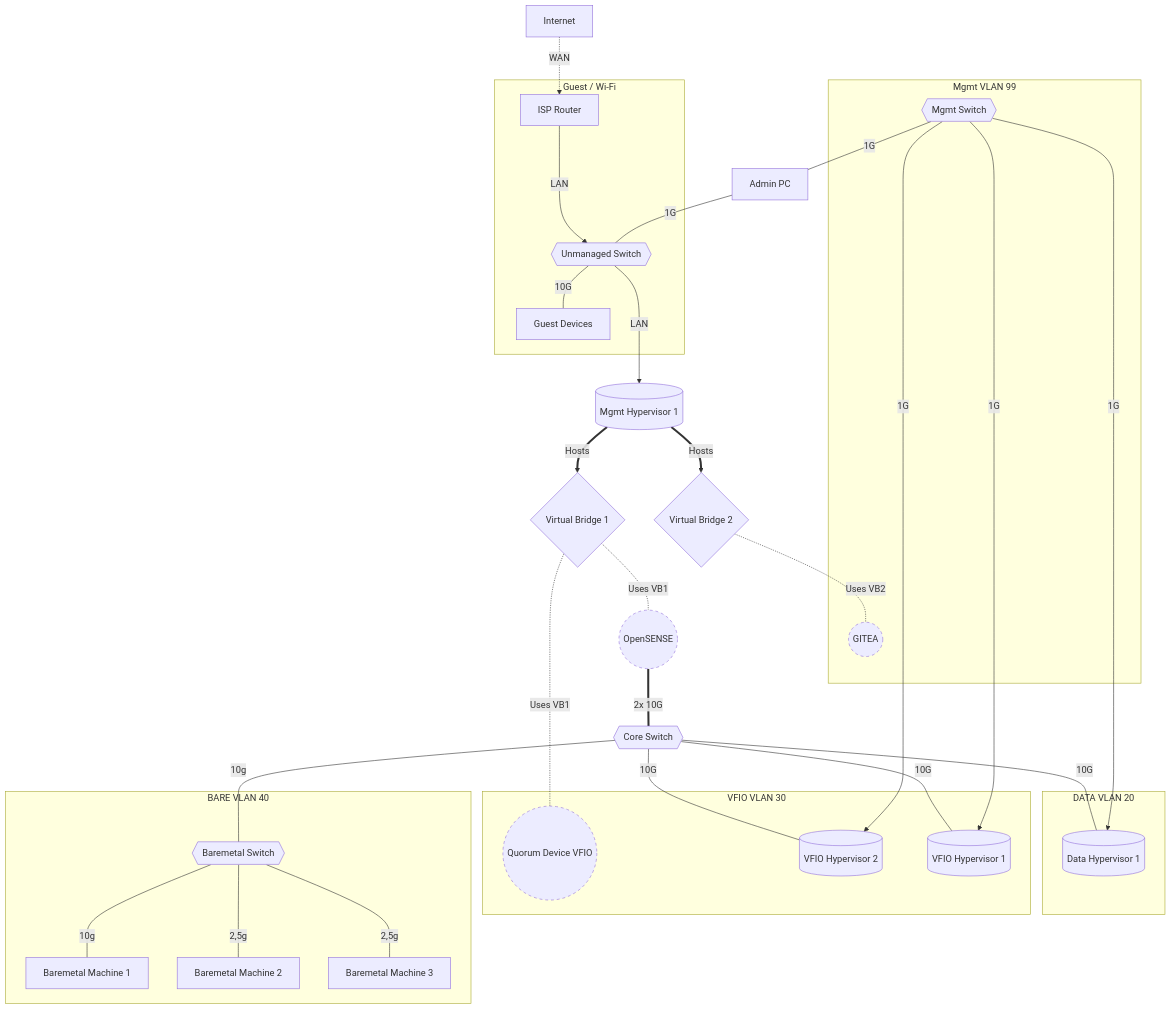
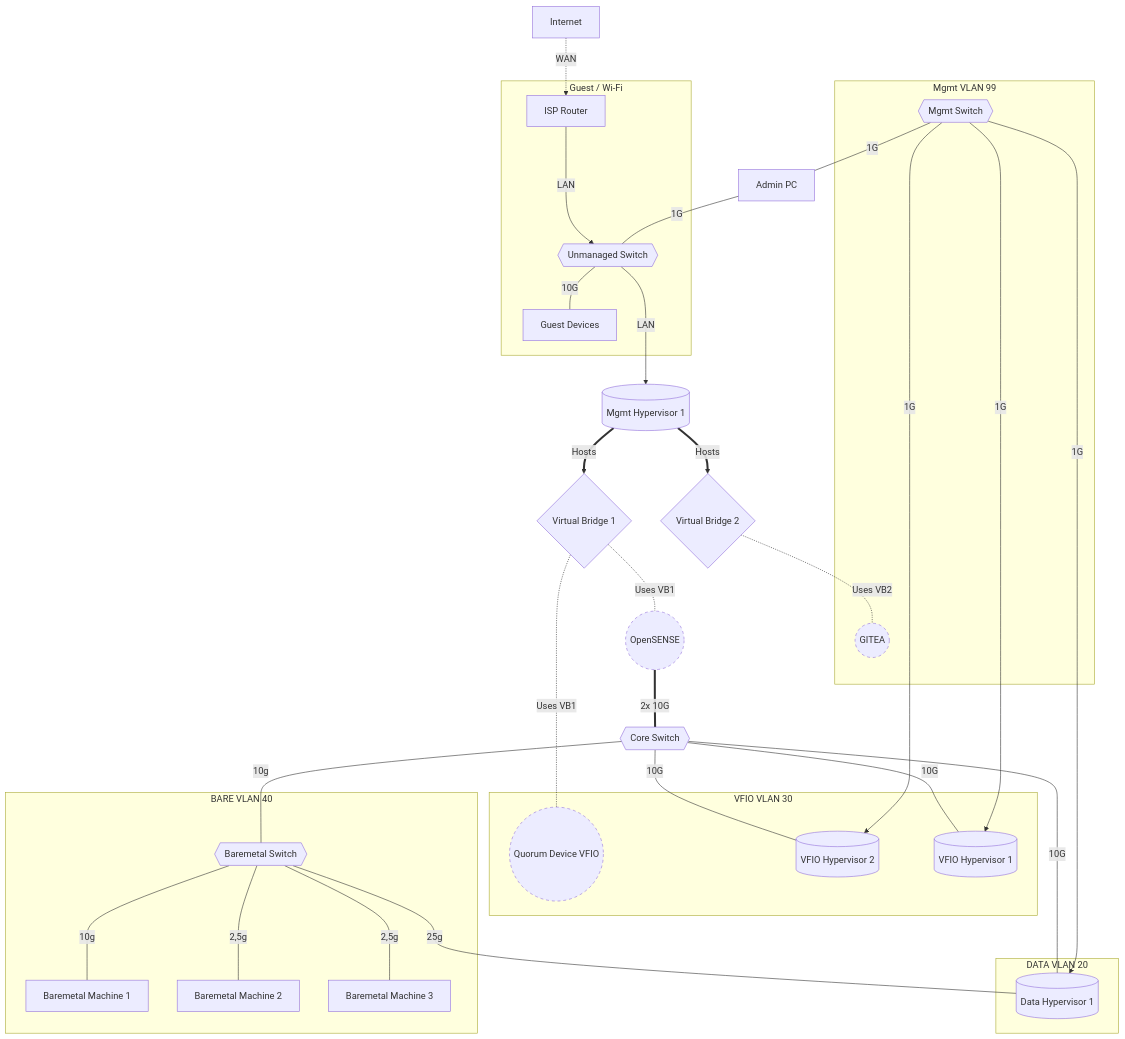
Before and after one commit to woeiru/lab: the diagram in alp/netop.md, drawn with Mermaid.

Commit message:
standard

````diff
--- a/alp/netop.md
+++ b/alp/netop.md
@@ -3,51 +3,52 @@
 ```mermaid
 graph TD
     INT[Internet] -.-> |WAN| ISPR[ISP Router]
     ISPR ---> |LAN| US
     US{{Unmanaged Switch}} ---> |LAN| MH1[(Mgmt Hypervisor 1)]
     VB1{Virtual Bridge 1} -.- |"Uses VB1"| QDV((Quorum Device VFIO))
     VB1 -.- |"Uses VB1"| OPN((OpenSENSE))
     OPN ===|"2x 10G"| CS{{Core Switch}}
     MS{{Mgmt Switch}} ---|"1G"| APC[Admin PC]
     APC ---|"1G"| US
     MH1 ==>|"Hosts"| VB1
     MH1 ==>|"Hosts"| VB2{Virtual Bridge 2}
     VB2 -.- |"Uses VB2"| GIT((GITEA))
     CS ---|"10G"| VH2[(VFIO Hypervisor 2)]
     MS --->|"1G"| VH2
     US ---|"10G"| GD[Guest Devices]
     CS ---|"10G"| VH1[(VFIO Hypervisor 1)]
     MS --->|"1G"| VH1
     CS ---|"10G"| DH1[(Data Hypervisor 1)]
     MS --->|"1G"| DH1
     CS ---|"10g"| BMS{{Baremetal Switch}}
     BMS ---|"10g"| BM1[Baremetal Machine 1]
+    BMS ---|"25g"| DH1
     BMS ---|"2,5g"| BM2[Baremetal Machine 2]
     BMS ---|"2,5g"| BM3[Baremetal Machine 3]
     subgraph VLAN20 [DATA VLAN 20]
         DH1
     end
     subgraph VLAN30 [VFIO VLAN 30]
         VH1
         VH2
         QDV
     end
     subgraph VLAN40 [BARE VLAN 40]
        BMS
        BM1 
        BM2 
        BM3 
     end
 
     subgraph VLAN99 [Mgmt VLAN 99]
         MS
         GIT
     end
     subgraph Guest [Guest / Wi-Fi]
         ISPR
         GD
         US
     end
     classDef punctuated stroke-dasharray: 5 5;
     class GIT,QDV,OPN punctuated;
 ```
````
